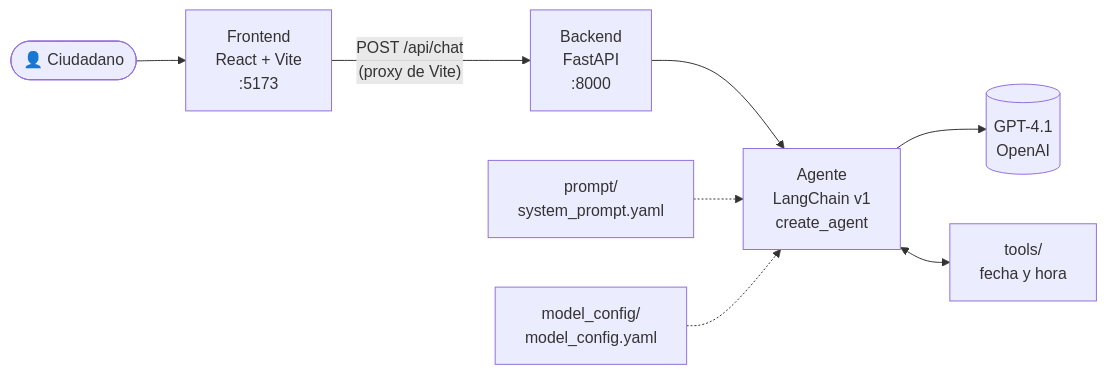
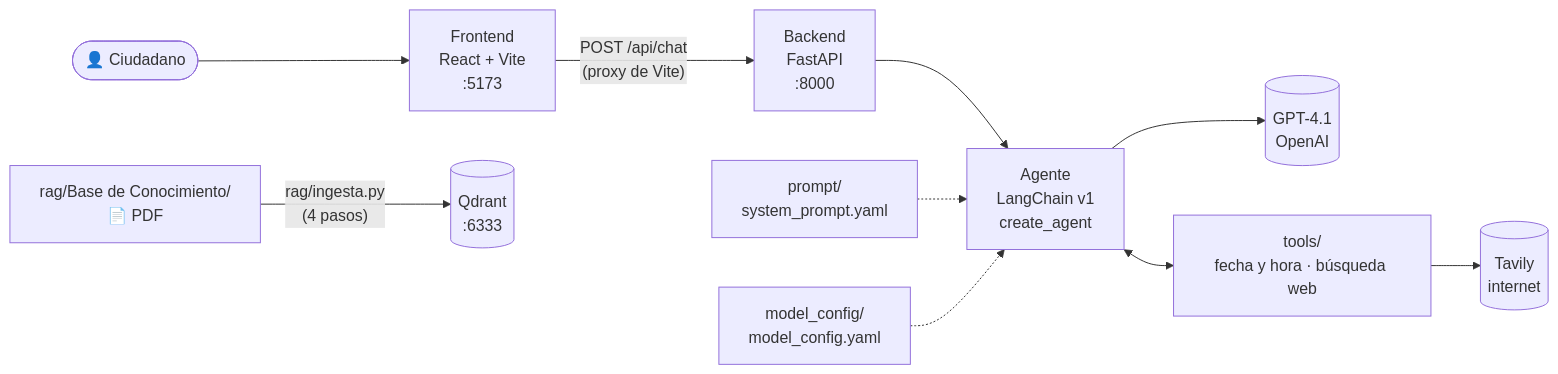
One commit to KevinInoCol/DP-Workshop---Vibe-Coding-desde-Cero---Construye-tu-Primera-App-IA changed the diagram in README.md. Above: the diagram before and after it, drawn with Mermaid. The commit also changed other lines of this file and 10 other files, not shown here.

First line of the commit message:
Agrega búsqueda web con Tavily y pipeline RAG con Qdrant

````diff
--- a/README.md
+++ b/README.md
@@ -27,10 +29,12 @@
 ```mermaid
 flowchart LR
     U([👤 Ciudadano]) --> F["Frontend<br/>React + Vite<br/>:5173"]
     F -- "POST /api/chat<br/>(proxy de Vite)" --> B["Backend<br/>FastAPI<br/>:8000"]
     B --> A["Agente<br/>LangChain v1<br/>create_agent"]
     A --> M[("GPT-4.1<br/>OpenAI")]
     P["prompt/<br/>system_prompt.yaml"] -.-> A
     C["model_config/<br/>model_config.yaml"] -.-> A
-    A <--> T["tools/<br/>fecha y hora"]
+    A <--> T["tools/<br/>fecha y hora · búsqueda web"]
+    T --> W[("Tavily<br/>internet")]
+    PDF["rag/Base de Conocimiento/<br/>📄 PDF"] -- "rag/ingesta.py<br/>(4 pasos)" --> Q[("Qdrant<br/>:6333")]
 ```
````
